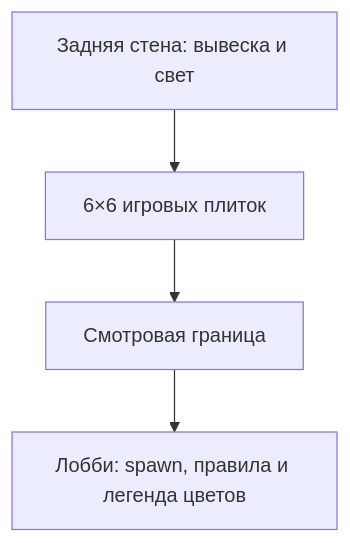
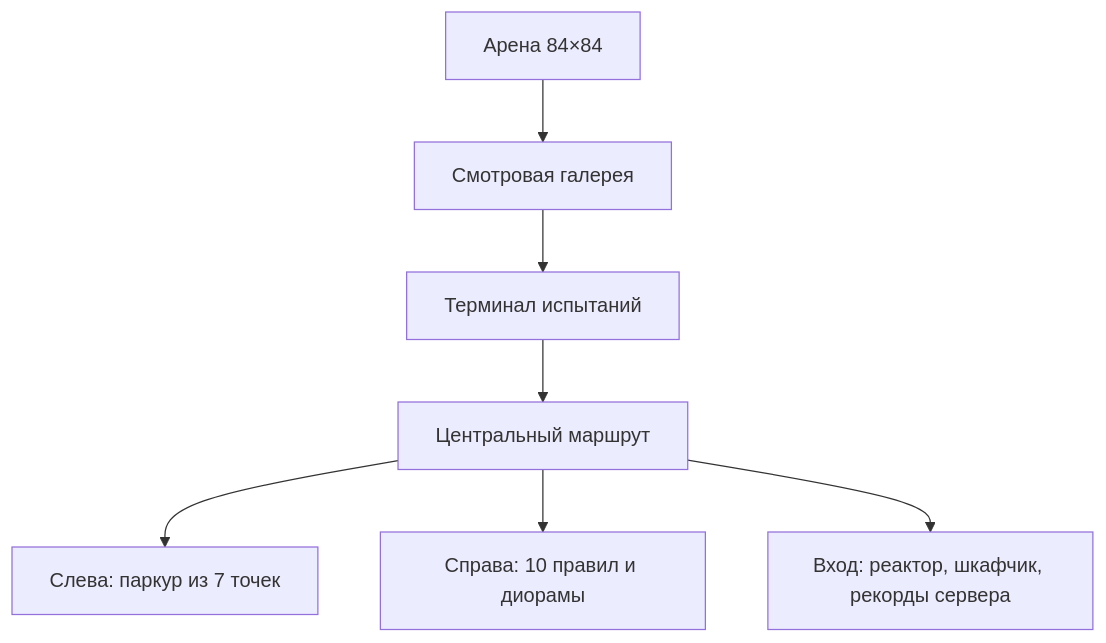
One commit to ikanit1/boblox changed the diagram in docs/obsidian-vault/05-World-Design/Room.md. Above: the diagram before and after it, drawn with Mermaid. The commit also changed other lines of this file and 47 other files, not shown here.

Commit message:
feat: expand RuleRoom into a playable laboratory complex with practice and safe queue flow

````diff
--- a/docs/obsidian-vault/05-World-Design/Room.md
+++ b/docs/obsidian-vault/05-World-Design/Room.md
@@ -12,6 +12,9 @@
 ```mermaid
 flowchart TB
- A[Задняя стена: вывеска и свет] --> B[6×6 игровых плиток]
- B --> C[Смотровая граница]
- C --> D[Лобби: spawn, правила и легенда цветов]
+ A[Арена 84×84] --> G[Смотровая галерея]
+ G --> Q[Терминал испытаний]
+ Q --> H[Центральный маршрут]
+ H --> P[Слева: паркур из 7 точек]
+ H --> R[Справа: 10 правил и диорамы]
+ H --> W[Вход: реактор, шкафчик, рекорды сервера]
 ```
````
